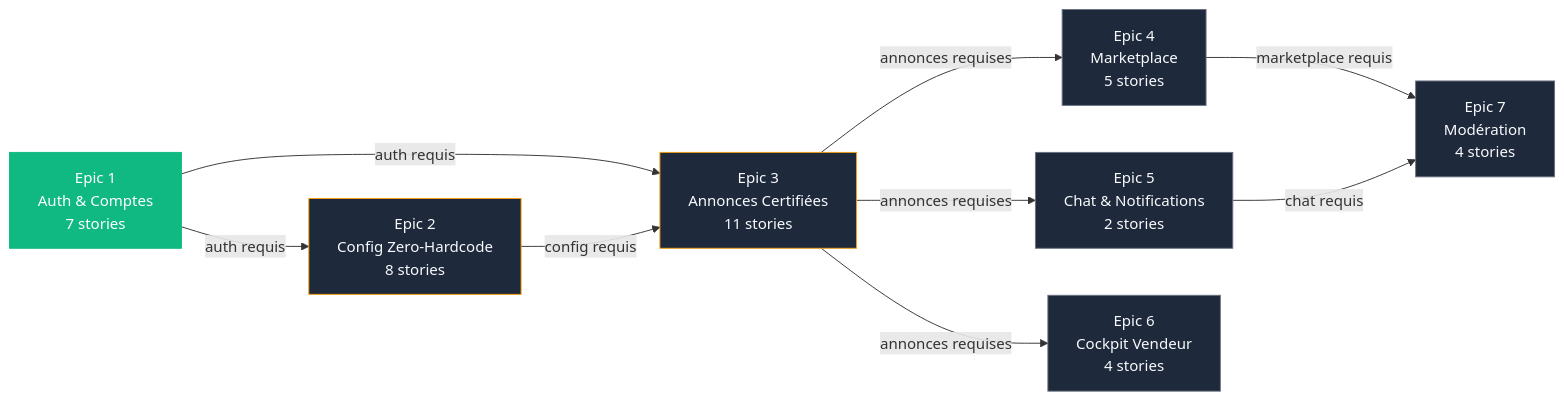
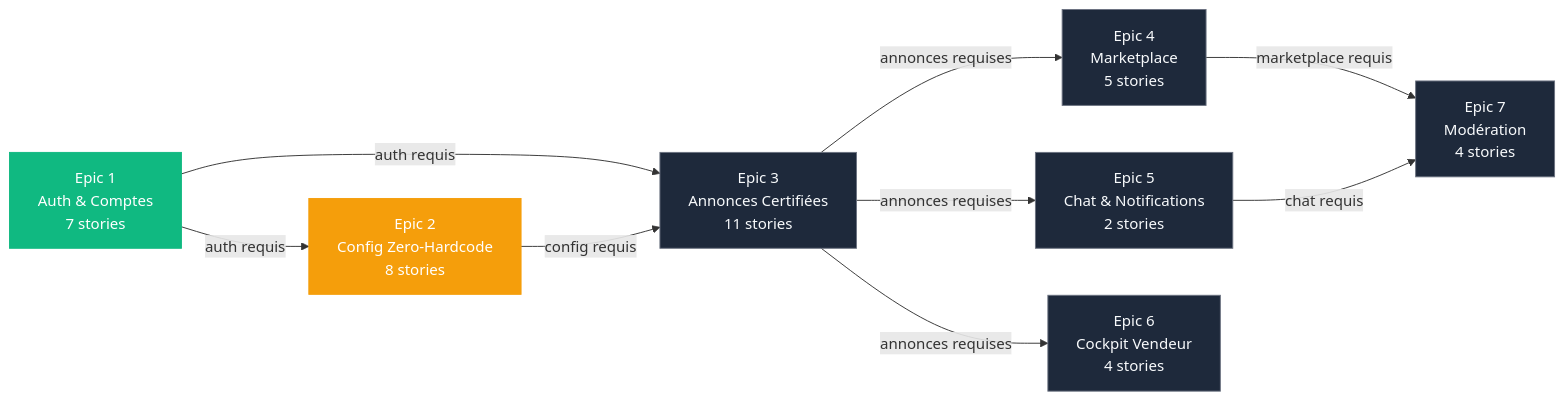
Before and after one commit to nedjo90/auto-project: the fifth of 5 diagrams in README.md, drawn with Mermaid. The commit also changed other lines of this file, not shown here.

````diff
--- a/README.md
+++ b/README.md
@@ -188,27 +188,27 @@
 ```mermaid
 graph LR
     E1["Epic 1<br/>Auth & Comptes<br/>7 stories"]
     E2["Epic 2<br/>Config Zero-Hardcode<br/>8 stories"]
     E3["Epic 3<br/>Annonces Certifiées<br/>11 stories"]
     E4["Epic 4<br/>Marketplace<br/>5 stories"]
     E5["Epic 5<br/>Chat & Notifications<br/>2 stories"]
     E6["Epic 6<br/>Cockpit Vendeur<br/>4 stories"]
     E7["Epic 7<br/>Modération<br/>4 stories"]
 
     E1 -->|"auth requis"| E2
     E1 -->|"auth requis"| E3
     E2 -->|"config requis"| E3
     E3 -->|"annonces requises"| E4
     E3 -->|"annonces requises"| E5
     E3 -->|"annonces requises"| E6
     E4 -->|"marketplace requis"| E7
     E5 -->|"chat requis"| E7
 
     style E1 fill:#10b981,stroke:#10b981,color:#fff
-    style E2 fill:#1e293b,stroke:#f59e0b,color:#f8fafc
-    style E3 fill:#1e293b,stroke:#f59e0b,color:#f8fafc
+    style E2 fill:#f59e0b,stroke:#f59e0b,color:#fff
+    style E3 fill:#1e293b,stroke:#6b7280,color:#f8fafc
     style E4 fill:#1e293b,stroke:#6b7280,color:#f8fafc
     style E5 fill:#1e293b,stroke:#6b7280,color:#f8fafc
     style E6 fill:#1e293b,stroke:#6b7280,color:#f8fafc
     style E7 fill:#1e293b,stroke:#6b7280,color:#f8fafc
 ```
````
